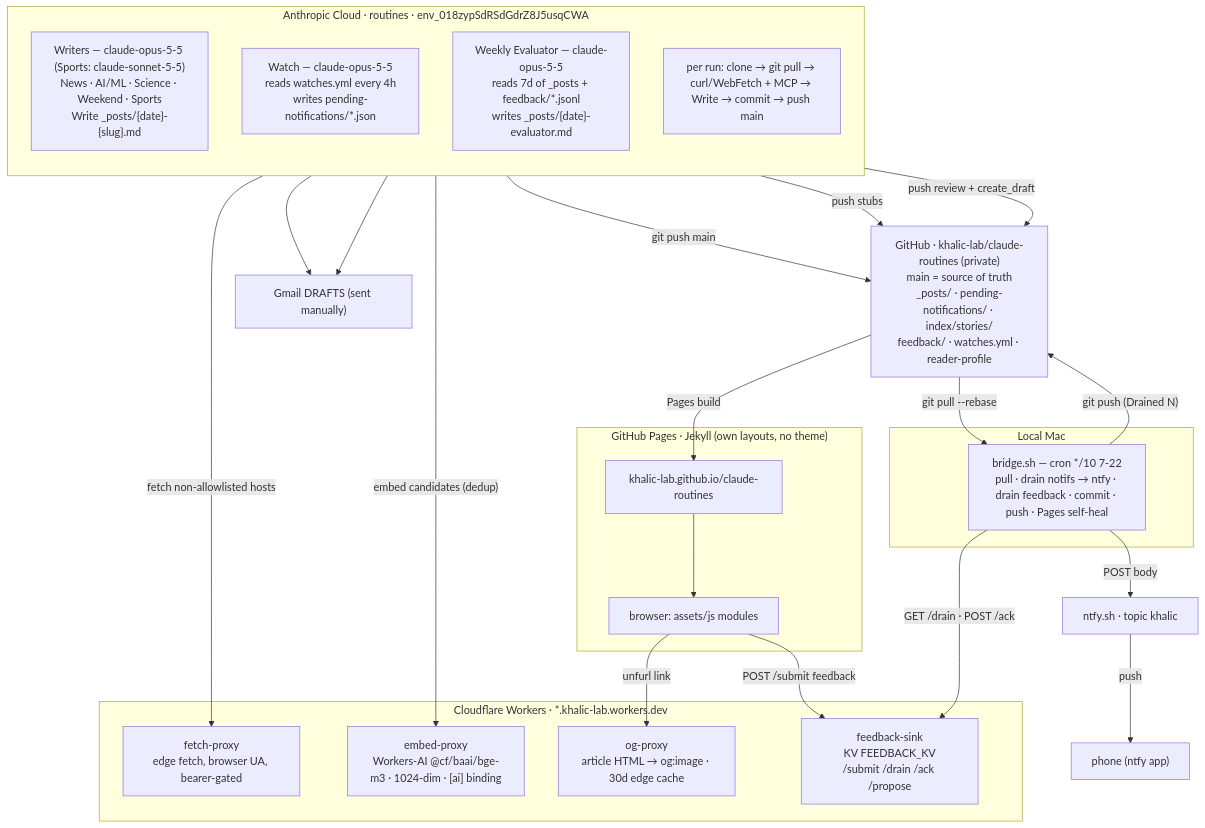
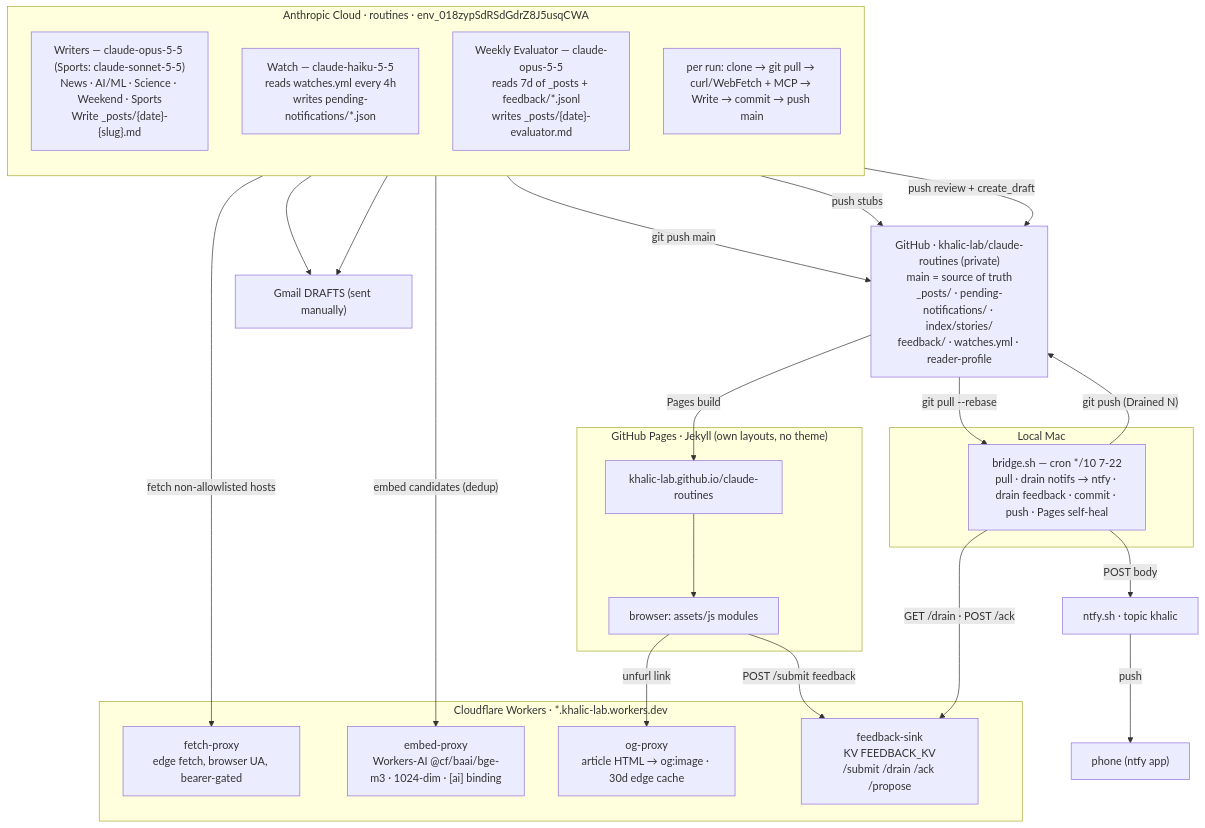
One commit to khalic-lab/claude-routines changed the diagram in diagrams/01-system-overview.md. Above: the diagram before and after it, drawn with Mermaid. The commit also changed 6 other files, not shown here.

First line of the commit message:
Watch on Claude Haiku 5.5; price table checked against the 2026-11-28 pricing page

````diff
--- a/diagrams/01-system-overview.md
+++ b/diagrams/01-system-overview.md
@@ -7,51 +7,51 @@
 ```mermaid
 flowchart TB
   subgraph cloud["Anthropic Cloud · routines · env_018zypSdRSdGdrZ8J5usqCWA"]
     direction TB
     W["Writers — claude-opus-5-5 (Sports: claude-sonnet-5-5)<br/>News · AI/ML · Science · Weekend · Sports<br/>Write _posts/{date}-{slug}.md"]
-    WA["Watch — claude-opus-5-5<br/>reads watches.yml every 4h<br/>writes pending-notifications/*.json"]
+    WA["Watch — claude-haiku-5-5<br/>reads watches.yml every 4h<br/>writes pending-notifications/*.json"]
     EV["Weekly Evaluator — claude-opus-5-5<br/>reads 7d of _posts + feedback/*.jsonl<br/>writes _posts/{date}-evaluator.md"]
     step["per run: clone → git pull → curl/WebFetch + MCP → Write → commit → push main"]
   end
 
   subgraph cf["Cloudflare Workers · *.khalic-lab.workers.dev"]
     FP["fetch-proxy<br/>edge fetch, browser UA, bearer-gated"]
     EP["embed-proxy<br/>Workers-AI @cf/baai/bge-m3 · 1024-dim · [ai] binding"]
     OG["og-proxy<br/>article HTML → og:image · 30d edge cache"]
     FS["feedback-sink<br/>KV FEEDBACK_KV<br/>/submit /drain /ack /propose"]
   end
 
   GH["GitHub · khalic-lab/claude-routines (private)<br/>main = source of truth<br/>_posts/ · pending-notifications/ · index/stories/<br/>feedback/ · watches.yml · reader-profile"]
 
   subgraph pages["GitHub Pages · Jekyll (own layouts, no theme)"]
     SITE["khalic-lab.github.io/claude-routines"]
     JS["browser: assets/js modules"]
   end
 
   subgraph mac["Local Mac"]
     BR["bridge.sh — cron */10 7-22<br/>pull · drain notifs → ntfy · drain feedback · commit · push · Pages self-heal"]
   end
 
   NTFY["ntfy.sh · topic khalic"]
   PHONE["phone (ntfy app)"]
   GM["Gmail DRAFTS (sent manually)"]
 
   W -->|"fetch non-allowlisted hosts"| FP
   W -->|"embed candidates (dedup)"| EP
   W -->|"git push main"| GH
   WA -->|"push stubs"| GH
   EV -->|"push review + create_draft"| GH
   EV --> GM
   W --> GM
 
   GH -->|"Pages build"| SITE
   SITE --> JS
   JS -->|"unfurl link"| OG
   JS -->|"POST /submit feedback"| FS
 
   GH -->|"git pull --rebase"| BR
   BR -->|"git push (Drained N)"| GH
   BR -->|"POST body"| NTFY
   NTFY -->|"push"| PHONE
   BR -->|"GET /drain · POST /ack"| FS
 ```
````
